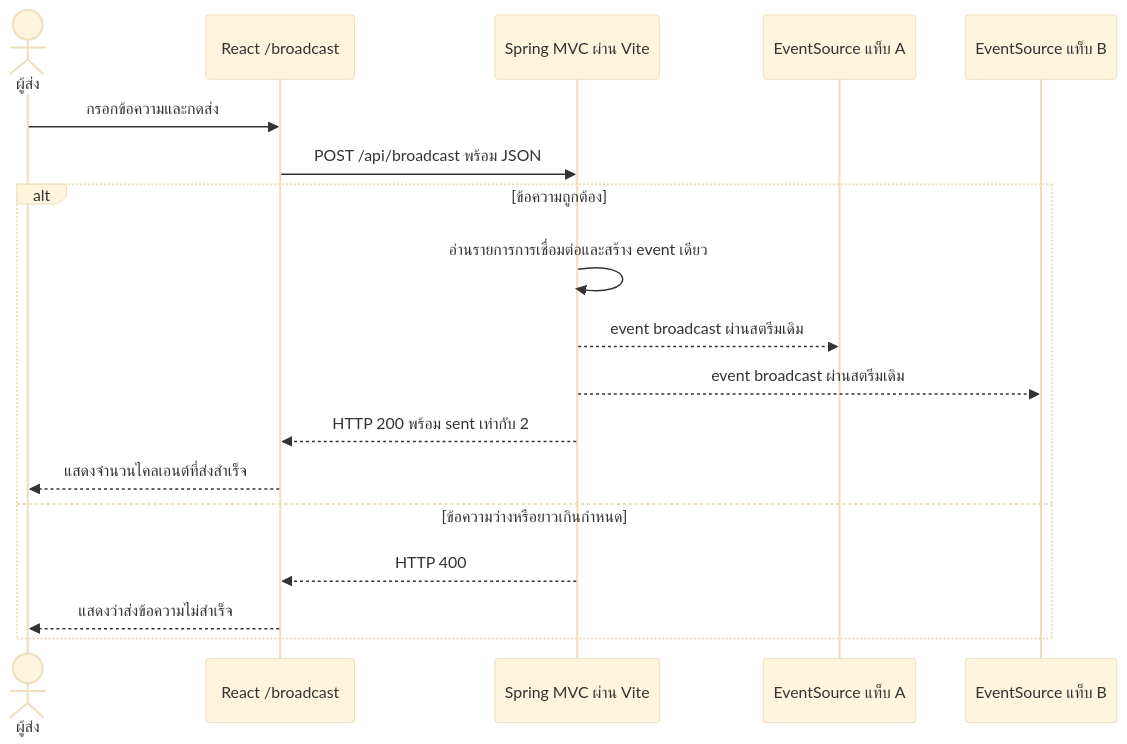
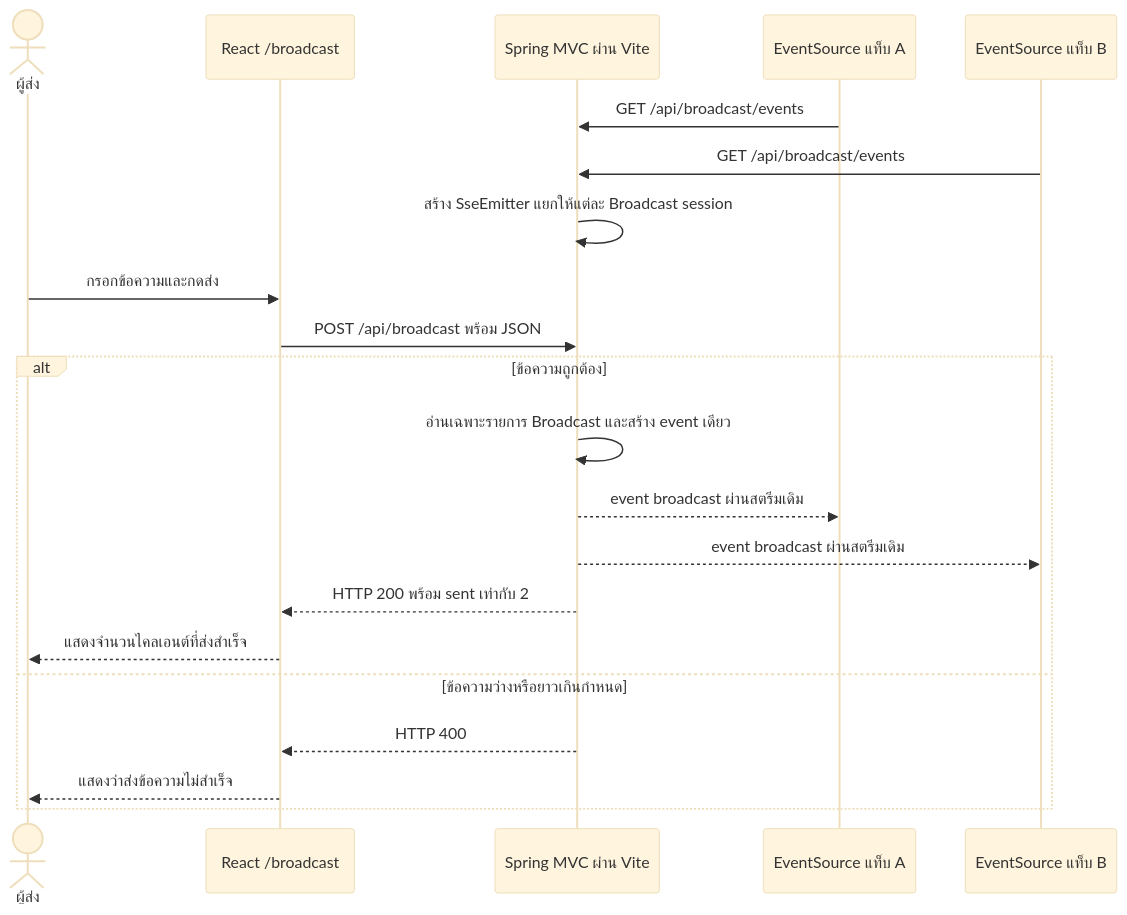
The fourth of 4 diagrams in README.md (chiwa/spring-boot-sse-demo), drawn with Mermaid (base theme) before and after one commit. The commit also changed other lines of this file and 3 other files, not shown here.

Commit message:
Separate timed and broadcast SSE sessions

````diff
--- a/README.md
+++ b/README.md
@@ -132,21 +132,24 @@
 ```mermaid
 sequenceDiagram
     actor U as ผู้ส่ง
     participant B as React /broadcast
     participant C as Spring MVC ผ่าน Vite
     participant A as EventSource แท็บ A
     participant D as EventSource แท็บ B
 
+    A->>C: GET /api/broadcast/events
+    D->>C: GET /api/broadcast/events
+    C->>C: สร้าง SseEmitter แยกให้แต่ละ Broadcast session
     U->>B: กรอกข้อความและกดส่ง
     B->>C: POST /api/broadcast พร้อม JSON
     alt ข้อความถูกต้อง
-        C->>C: อ่านรายการการเชื่อมต่อและสร้าง event เดียว
+        C->>C: อ่านเฉพาะรายการ Broadcast และสร้าง event เดียว
         C-->>A: event broadcast ผ่านสตรีมเดิม
         C-->>D: event broadcast ผ่านสตรีมเดิม
         C-->>B: HTTP 200 พร้อม sent เท่ากับ 2
         B-->>U: แสดงจำนวนไคลเอนต์ที่ส่งสำเร็จ
     else ข้อความว่างหรือยาวเกินกำหนด
         C-->>B: HTTP 400
         B-->>U: แสดงว่าส่งข้อความไม่สำเร็จ
     end
 ```
````
